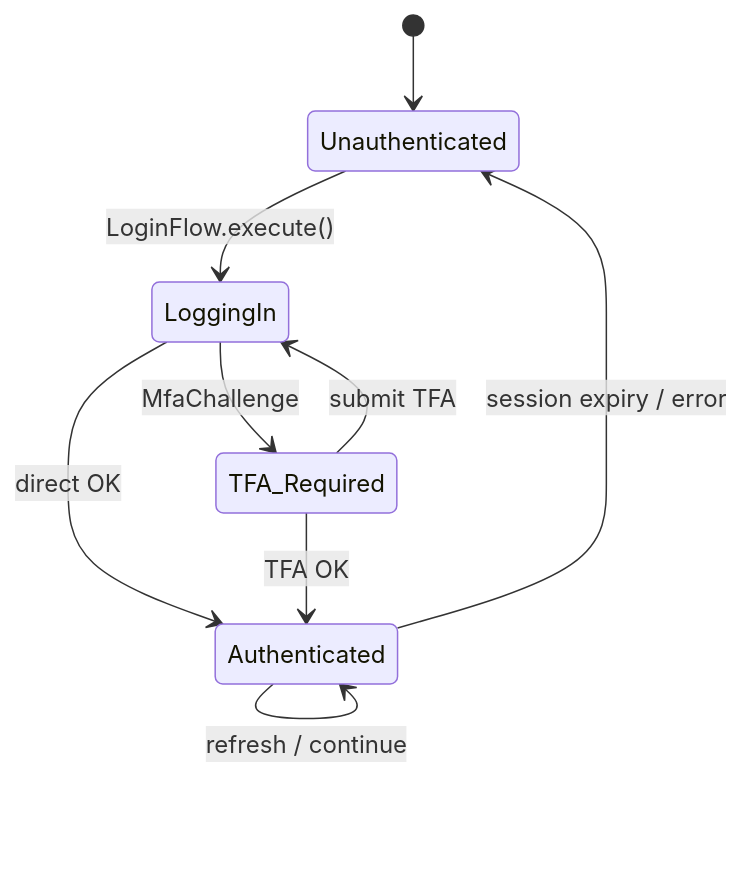
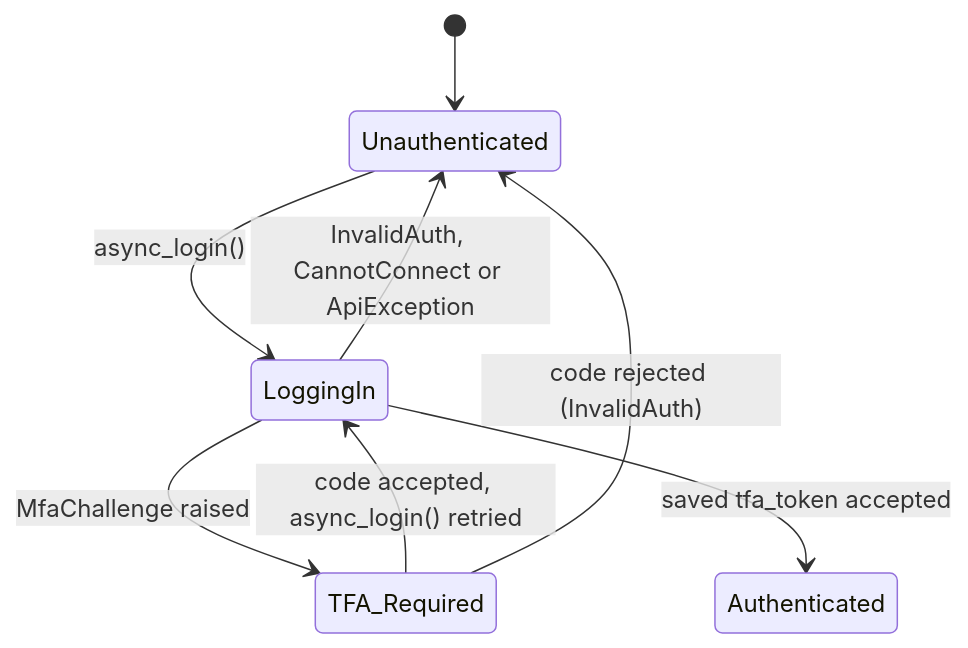
One commit to hype8912/dominion-sc-power changed the first of 3 diagrams in docs/architecture/04-security.md. Above: the diagram before and after it, drawn with Mermaid. The commit also changed other lines of this file and 20 other files, not shown here.

````diff
--- a/docs/architecture/04-security.md
+++ b/docs/architecture/04-security.md
@@ -5,11 +7,10 @@
 ```mermaid
 stateDiagram-v2
     [*] --> Unauthenticated
-    Unauthenticated --> LoggingIn: LoginFlow.execute()
-    LoggingIn --> TFA_Required: MfaChallenge
-    LoggingIn --> Authenticated: direct OK
-    TFA_Required --> LoggingIn: submit TFA
-    TFA_Required --> Authenticated: TFA OK
-    Authenticated --> Unauthenticated: session expiry / error
-    Authenticated --> Authenticated: refresh / continue
+    Unauthenticated --> LoggingIn: async_login()
+    LoggingIn --> TFA_Required: MfaChallenge raised
+    LoggingIn --> Authenticated: saved tfa_token accepted
+    LoggingIn --> Unauthenticated: InvalidAuth, CannotConnect or ApiException
+    TFA_Required --> LoggingIn: code accepted, async_login() retried
+    TFA_Required --> Unauthenticated: code rejected (InvalidAuth)
 ```
````
